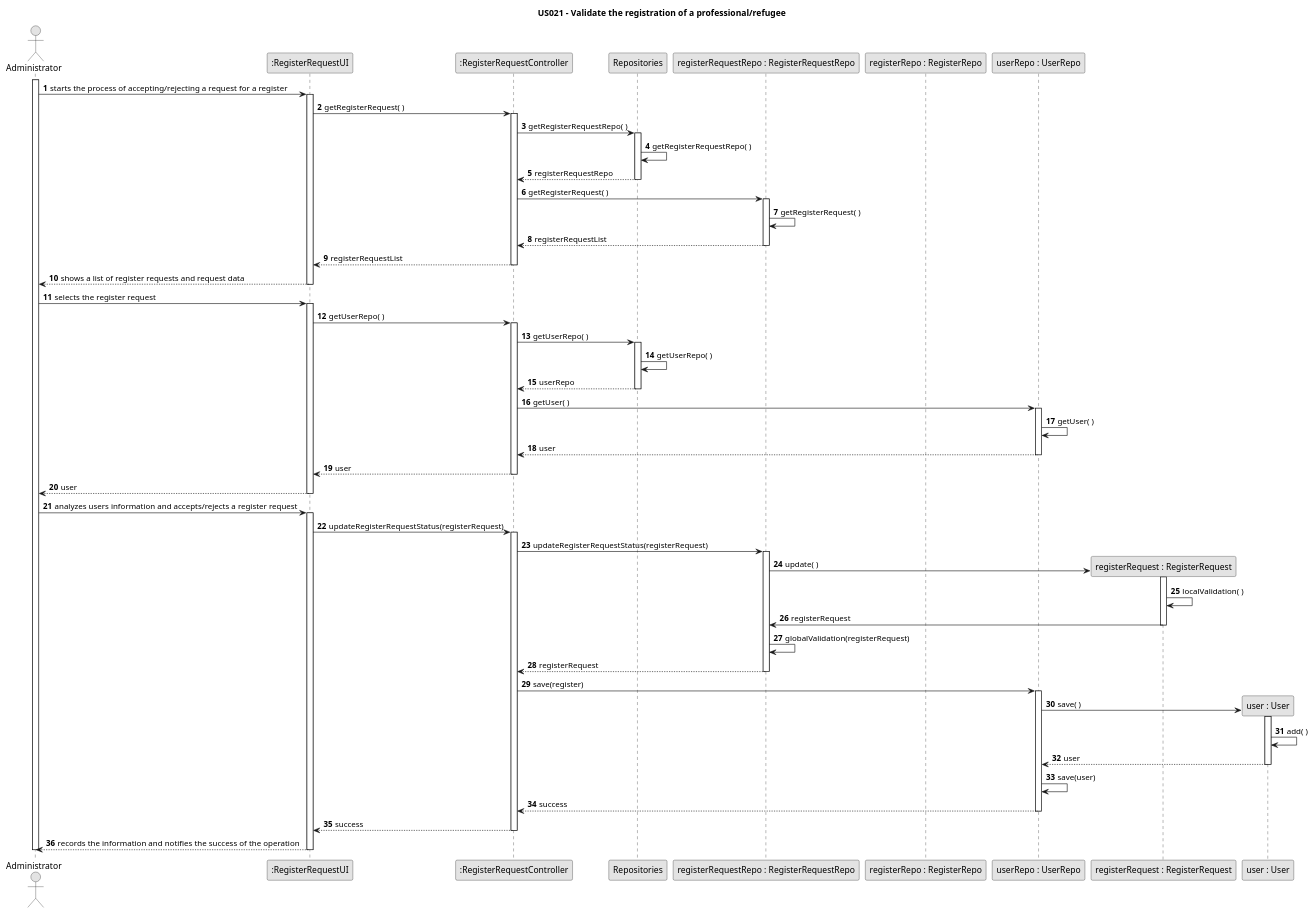
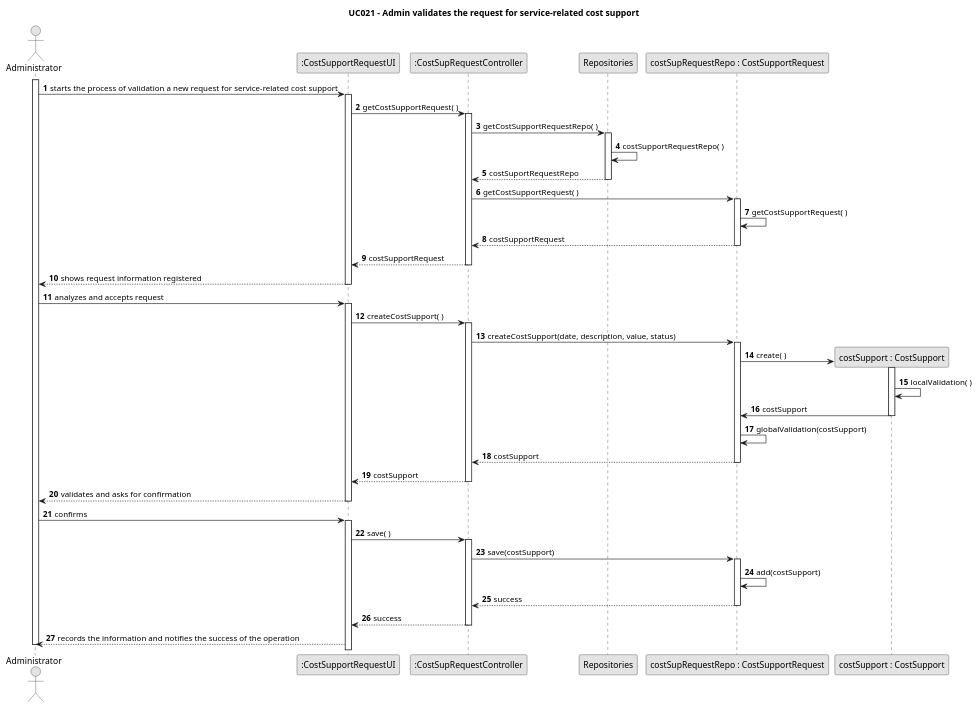
The diagram in javaSprint2GladlyGiven/Docs/UseCases/uc021/design/uc021-DesignDiagram.puml (Chirano/GladlyGiven), drawn with PlantUML before and after one commit. The commit also changed 106 other files, not shown here.

```diff
--- a/javaSprint2GladlyGiven/Docs/UseCases/uc021/design/uc021-DesignDiagram.puml
+++ b/javaSprint2GladlyGiven/Docs/UseCases/uc021/design/uc021-DesignDiagram.puml
@@ -1,87 +1,68 @@
 @startuml
 skinparam monochrome true
 skinparam packageStyle rectangle
 skinparam shadowing false
 
-title US021 - Validate the registration of a professional/refugee
+title UC021 - Admin validates the request for service-related cost support
 
 autonumber
 
 actor Administrator as admin
-participant ":RegisterRequestUI" as ui
-participant ":RegisterRequestController" as ctrl
+participant ":CostSupportRequestUI" as ui
+participant ":CostSupRequestController" as ctrl
 participant Repositories as repo
-participant "registerRequestRepo : RegisterRequestRepo" as registerReqRepo
-participant "registerRepo : RegisterRepo" as registerRepo
-participant "userRepo : UserRepo" as userRepo
-participant "registerRequest : RegisterRequest" as registerReq
-participant "user : User" as user
+participant "costSupRequestRepo : CostSupportRequest" as costRepo
+participant "costSupport : CostSupport" as costSupport
 
 activate admin
-    admin -> ui : starts the process of accepting/rejecting a request for a register
+    admin -> ui : starts the process of validation a new request for service-related cost support
     activate ui
-        ui -> ctrl : getRegisterRequest( )
+        ui -> ctrl : getCostSupportRequest( )
         activate ctrl
-            ctrl -> repo : getRegisterRequestRepo( )
+            ctrl -> repo : getCostSupportRequestRepo( )
             activate repo
-                repo -> repo : getRegisterRequestRepo( )
-                repo --> ctrl : registerRequestRepo
+                repo -> repo : costSupportRequestRepo( )
+                repo --> ctrl : costSuportRequestRepo
             deactivate repo
-            ctrl -> registerReqRepo : getRegisterRequest( )
-            activate registerReqRepo
-                registerReqRepo -> registerReqRepo : getRegisterRequest( )
-                registerReqRepo --> ctrl : registerRequestList
-            deactivate registerReqRepo
-            ctrl --> ui : registerRequestList
+            ctrl -> costRepo : getCostSupportRequest( )
+            activate costRepo
+                costRepo -> costRepo : getCostSupportRequest( )
+                costRepo --> ctrl : costSupportRequest
+            deactivate costRepo
+            ctrl --> ui : costSupportRequest
         deactivate ctrl
-        ui --> admin : shows a list of register requests and request data
+        ui --> admin : shows request information registered
     deactivate ui
-    admin -> ui : selects the register request
+    admin -> ui : analyzes and accepts request
     activate ui
-        ui -> ctrl : getUserRepo( )
+        ui -> ctrl : createCostSupport( )
         activate ctrl
-            ctrl -> repo : getUserRepo( )
-            activate repo
-                 repo -> repo : getUserRepo( )
-                 repo --> ctrl : userRepo
-            deactivate repo
-            ctrl -> userRepo : getUser( )
-            activate userRepo
-                userRepo -> userRepo : getUser( )
-                userRepo --> ctrl : user
-            deactivate userRepo
-            ctrl --> ui : user
+            ctrl -> costRepo : createCostSupport(date, description, value, status)
+            activate costRepo
+                costRepo -> costSupport** : create( )
+                activate costSupport
+                    costSupport -> costSupport : localValidation( )
+                    costSupport -> costRepo : costSupport
+                deactivate costSupport
+                costRepo -> costRepo : globalValidation(costSupport)
+                costRepo --> ctrl : costSupport
+            deactivate costRepo
+            ctrl --> ui : costSupport
         deactivate ctrl
-        ui --> admin : user
+        ui --> admin : validates and asks for confirmation
     deactivate ui
-    admin -> ui : analyzes users information and accepts/rejects a register request
+    admin -> ui : confirms
     activate ui
-        ui -> ctrl : updateRegisterRequestStatus(registerRequest)
+        ui -> ctrl : save( )
         activate ctrl
-            ctrl -> registerReqRepo : updateRegisterRequestStatus(registerRequest)
-            activate registerReqRepo
-                registerReqRepo -> registerReq** : update( )
-                activate registerReq
-                    registerReq -> registerReq : localValidation( )
-                    registerReq -> registerReqRepo : registerRequest
-                    deactivate registerReq
-                registerReqRepo -> registerReqRepo : globalValidation(registerRequest)
-                registerReqRepo --> ctrl : registerRequest
-            deactivate registerReqRepo
-            ctrl -> userRepo : save(register)
-            activate userRepo
-                userRepo -> user** : save( )
-                activate user
-                    user -> user : add( )
-                    user --> userRepo : user
-                deactivate user
-                userRepo -> userRepo : save(user)
-                userRepo --> ctrl : success
-            deactivate userRepo
+            ctrl -> costRepo : save(costSupport)
+            activate costRepo
+                costRepo -> costRepo : add(costSupport)
+                costRepo --> ctrl : success
+            deactivate costRepo
             ctrl --> ui : success
         deactivate ctrl
         ui --> admin : records the information and notifies the success of the operation
-    deactivate ui
 deactivate admin
 
 @enduml
```
